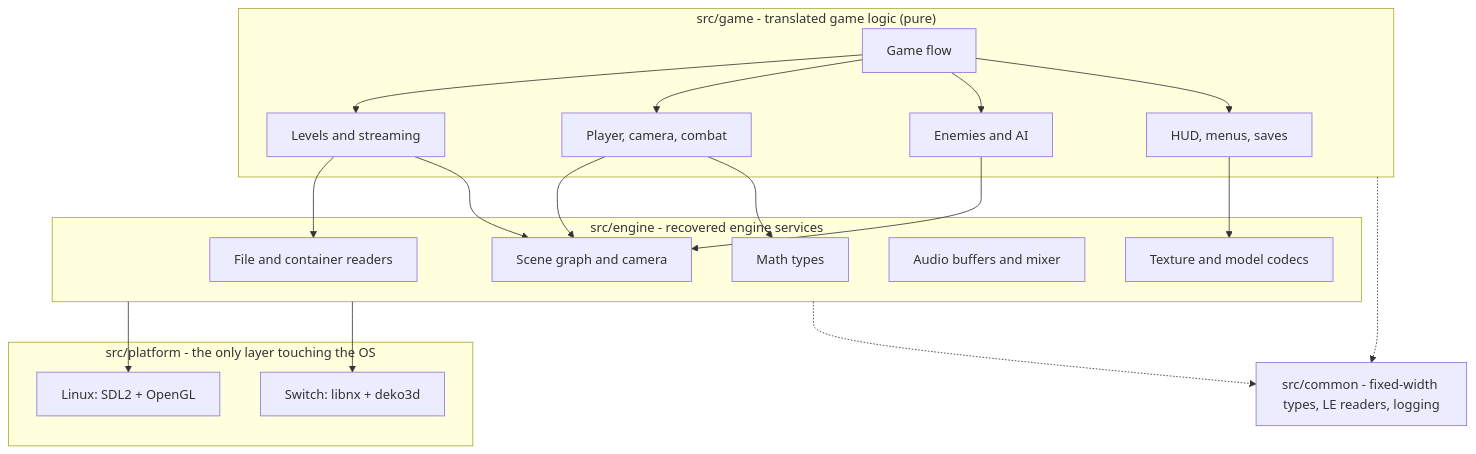
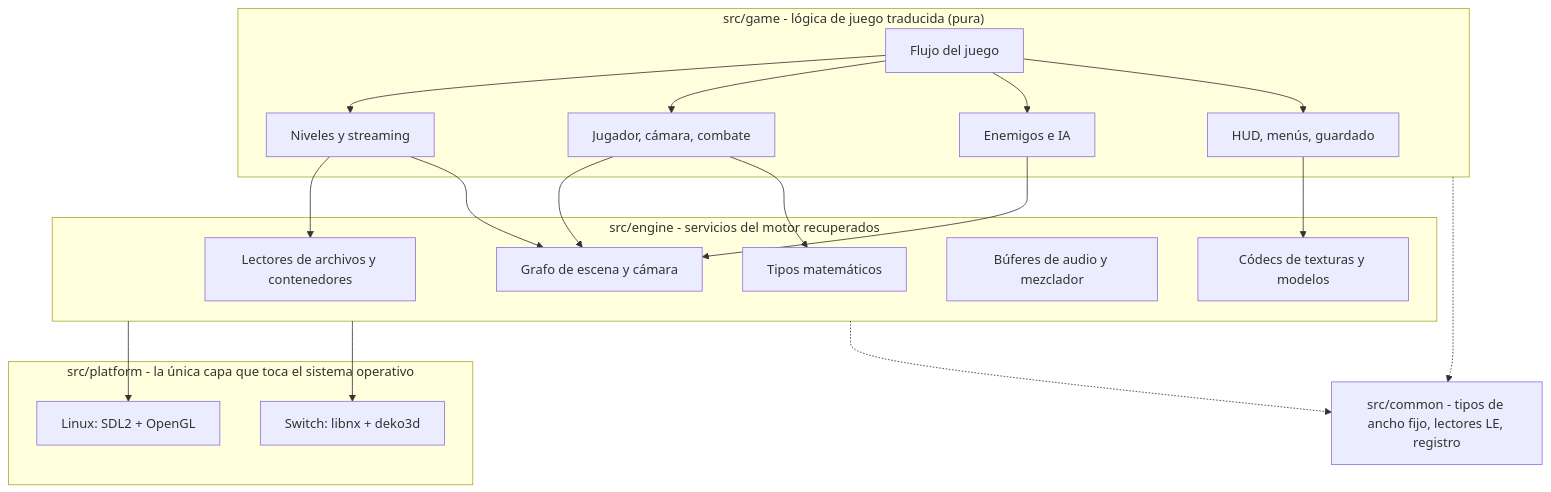
Before and after one commit to felipesuarez-dev/BloodOmen2NX: the first of 2 diagrams in README.md, drawn with Mermaid. The commit also changed other lines of this file and 5 other files, not shown here.

````diff
--- a/README.md
+++ b/README.md
@@ -97,30 +137,30 @@
 ```mermaid
 flowchart TD
-    subgraph G["src/game - translated game logic (pure)"]
-        GF[Game flow]
-        LV[Levels and streaming]
-        PL[Player, camera, combat]
-        AI[Enemies and AI]
-        UI[HUD, menus, saves]
+    subgraph G["src/game - lógica de juego traducida (pura)"]
+        GF[Flujo del juego]
+        LV[Niveles y streaming]
+        PL[Jugador, cámara, combate]
+        AI[Enemigos e IA]
+        UI[HUD, menús, guardado]
     end
-    subgraph E["src/engine - recovered engine services"]
-        FIL[File and container readers]
-        TEX[Texture and model codecs]
-        SC[Scene graph and camera]
-        SND[Audio buffers and mixer]
-        MATH[Math types]
+    subgraph E["src/engine - servicios del motor recuperados"]
+        FIL[Lectores de archivos y contenedores]
+        TEX[Códecs de texturas y modelos]
+        SC[Grafo de escena y cámara]
+        SND[Búferes de audio y mezclador]
+        MATH[Tipos matemáticos]
     end
-    subgraph P["src/platform - the only layer touching the OS"]
+    subgraph P["src/platform - la única capa que toca el sistema operativo"]
         LX[Linux: SDL2 + OpenGL]
         NX[Switch: libnx + deko3d]
     end
-    C["src/common - fixed-width types, LE readers, logging"]
+    C["src/common - tipos de ancho fijo, lectores LE, registro"]
     GF --> LV & PL & AI & UI
     LV --> FIL & SC
     PL --> SC & MATH
     AI --> SC
     UI --> TEX
     E --> LX & NX
     G -.-> C
     E -.-> C
 ```
````
